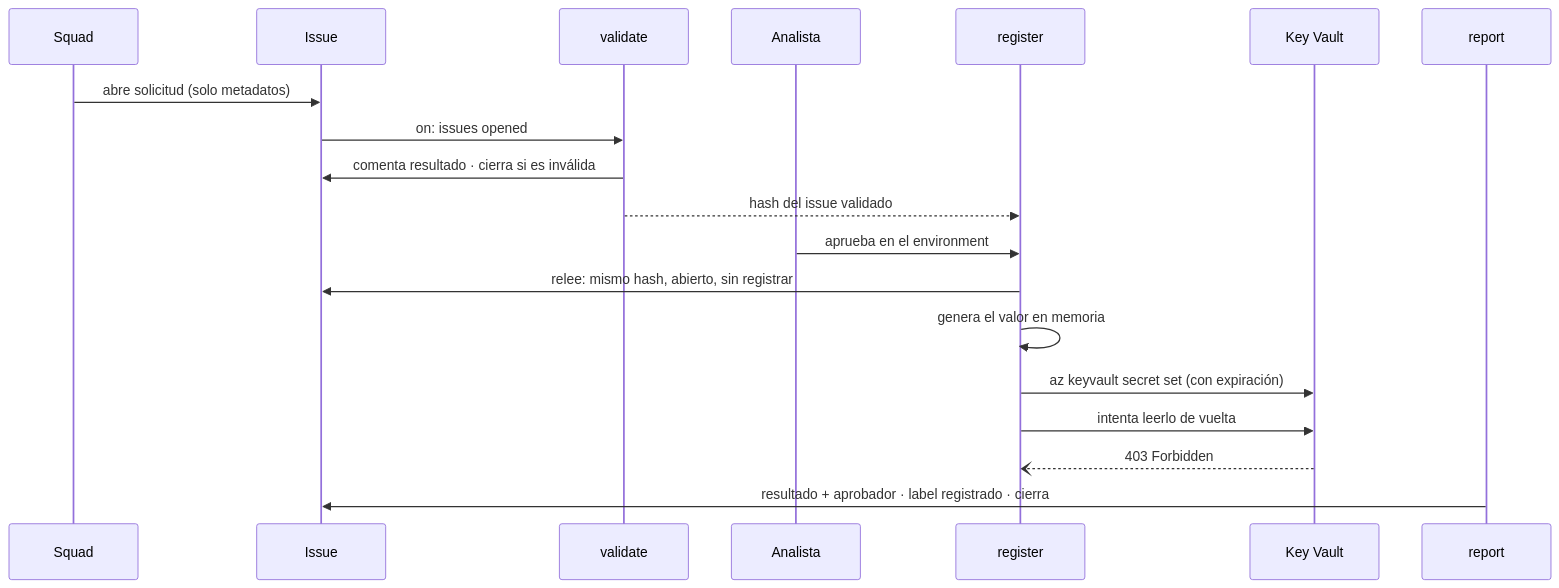
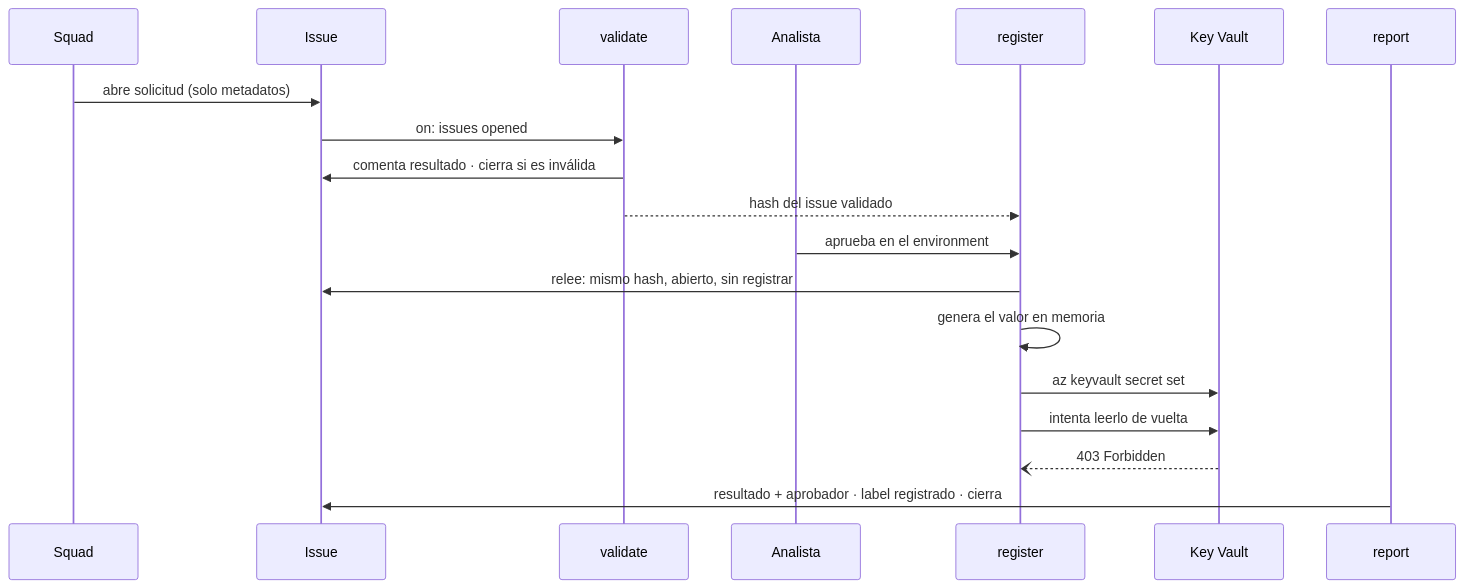
The second of 2 diagrams in ARCHITECTURE.md (Ox19/poc-registry-secret-automation), drawn with Mermaid before and after one commit. The commit also changed other lines of this file and 1 other file, not shown here.

````diff
--- a/ARCHITECTURE.md
+++ b/ARCHITECTURE.md
@@ -43,22 +43,22 @@
 ```mermaid
 sequenceDiagram
     participant Squad
     participant Issue
     participant V as validate
     participant Analista
     participant R as register
     participant KV as Key Vault
     participant Rep as report
 
     Squad->>Issue: abre solicitud (solo metadatos)
     Issue->>V: on: issues opened
     V->>Issue: comenta resultado · cierra si es inválida
     V-->>R: hash del issue validado
     Analista->>R: aprueba en el environment
     R->>Issue: relee: mismo hash, abierto, sin registrar
     R->>R: genera el valor en memoria
-    R->>KV: az keyvault secret set (con expiración)
+    R->>KV: az keyvault secret set
     R->>KV: intenta leerlo de vuelta
     KV--)R: 403 Forbidden
     Rep->>Issue: resultado + aprobador · label registrado · cierra
 ```
````
